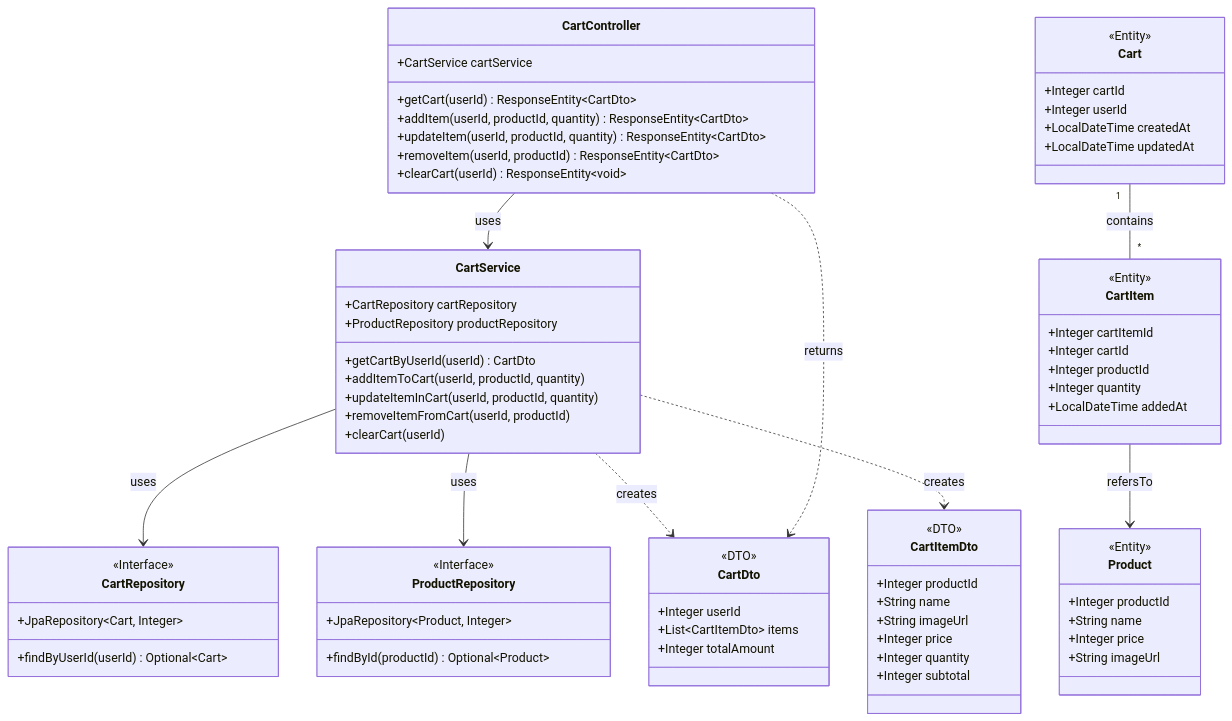
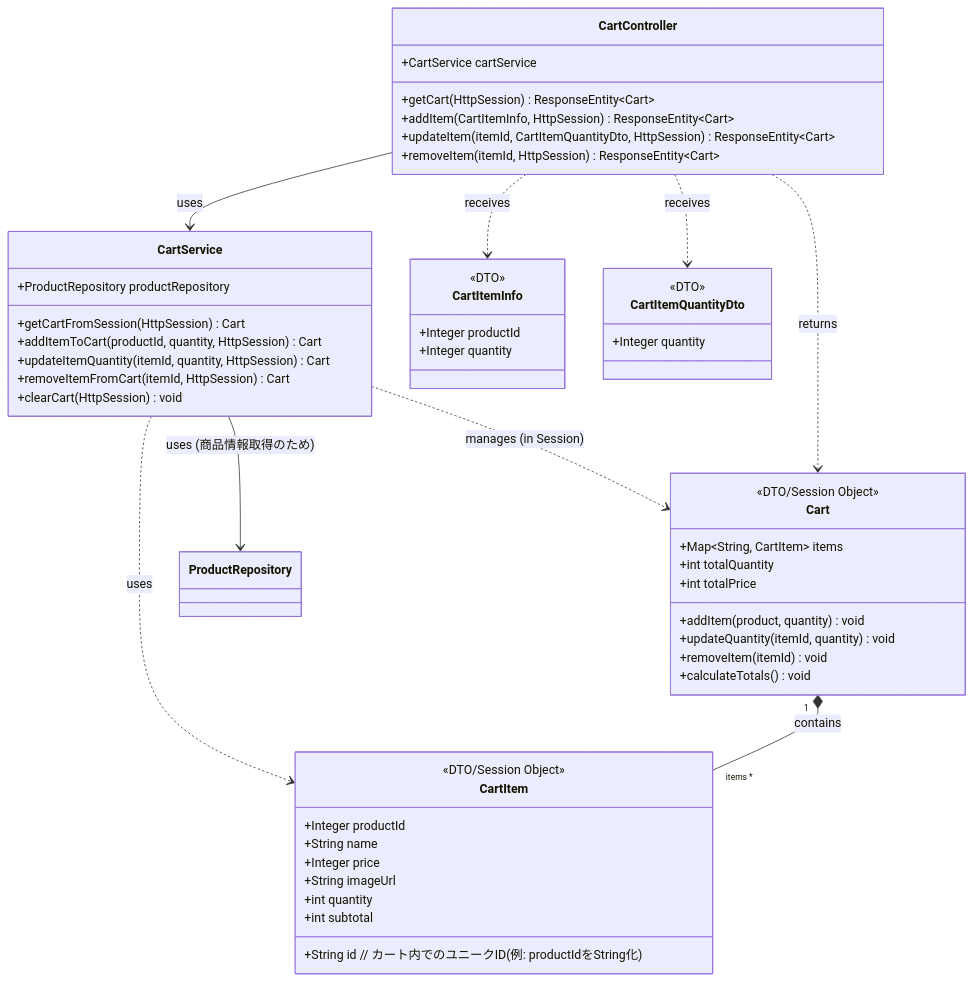
Diagram 15 of 18 in 詳細設計/詳細設計書の例（必須機能のみ）.md (natsumiumeda/Jobs), drawn with Mermaid before and after one commit. The commit also changed other lines of this file, not shown here.

```diff
--- a/詳細設計/詳細設計書の例（必須機能のみ）.md
+++ b/詳細設計/詳細設計書の例（必須機能のみ）.md
@@ -755,84 +688,56 @@
 classDiagram
     class CartController {
         +CartService cartService
-        +getCart(userId) ResponseEntity~CartDto~
-        +addItem(userId, productId, quantity) ResponseEntity~CartDto~
-        +updateItem(userId, productId, quantity) ResponseEntity~CartDto~
-        +removeItem(userId, productId) ResponseEntity~CartDto~
-        +clearCart(userId) ResponseEntity~void~
+        +getCart(HttpSession) ResponseEntity~Cart~
+        +addItem(CartItemInfo, HttpSession) ResponseEntity~Cart~
+        +updateItem(itemId, CartItemQuantityDto, HttpSession) ResponseEntity~Cart~
+        +removeItem(itemId, HttpSession) ResponseEntity~Cart~
     }
-
     class CartService {
-        +CartRepository cartRepository
         +ProductRepository productRepository
-        +getCartByUserId(userId) CartDto
-        +addItemToCart(userId, productId, quantity)
-        +updateItemInCart(userId, productId, quantity)
-        +removeItemFromCart(userId, productId)
-        +clearCart(userId)
+        +getCartFromSession(HttpSession) Cart
+        +addItemToCart(productId, quantity, HttpSession) Cart
+        +updateItemQuantity(itemId, quantity, HttpSession) Cart
+        +removeItemFromCart(itemId, HttpSession) Cart
+        +clearCart(HttpSession) void
     }
-
-    class CartRepository {
-        <<Interface>>
-        +JpaRepository~Cart, Integer~
-        +findByUserId(userId) Optional~Cart~
+    class Cart {
+        <<DTO/Session Object>>
+        +Map~String, CartItem~ items
+        +int totalQuantity
+        +int totalPrice
+        +addItem(product, quantity) void
+        +updateQuantity(itemId, quantity) void
+        +removeItem(itemId) void
+        +calculateTotals() void
     }
-
-    class ProductRepository {
-        <<Interface>>
-        +JpaRepository~Product, Integer~
-        +findById(productId) Optional~Product~
-    }
-
-    class Cart {
-        <<Entity>>
-        +Integer cartId
-        +Integer userId
-        +LocalDateTime createdAt
-        +LocalDateTime updatedAt
-    }
-
     class CartItem {
-        <<Entity>>
-        +Integer cartItemId
-        +Integer cartId
-        +Integer productId
-        +Integer quantity
-        +LocalDateTime addedAt
-    }
-
-    class Product {
-        <<Entity>>
+        <<DTO/Session Object>>
+        +String id  // カート内でのユニークID (例: productIdをString化)
         +Integer productId
         +String name
         +Integer price
         +String imageUrl
+        +int quantity
+        +int subtotal
+    }
+    class CartItemInfo{
+        <<DTO>>
+        +Integer productId
+        +Integer quantity
+    }
+     class CartItemQuantityDto{
+        <<DTO>>
+        +Integer quantity
     }
 
-    class CartDto {
-        <<DTO>>
-        +Integer userId
-        +List~CartItemDto~ items
-        +Integer totalAmount
-    }
 
-    class CartItemDto {
-        <<DTO>>
-        +Integer productId
-        +String name
-        +String imageUrl
-        +Integer price
-        +Integer quantity
-        +Integer subtotal
-    }
     CartController --> CartService : uses
-    CartService --> CartRepository : uses
-    CartService --> ProductRepository : uses
-
-    Cart "1" -- "*" CartItem : contains
-    CartItem --> Product : refersTo
-
-    CartService ..> CartDto : creates
-    CartService ..> CartItemDto : creates
-    CartController ..> CartDto : returns
+    CartService --> ProductRepository : uses (商品情報取得のため)
+    CartService ..> Cart : manages (in Session)
+    CartService ..> CartItem : uses
+    Cart "1" *-- "items *" CartItem : contains
+    CartController ..> Cart : returns
+    CartController ..> CartItemInfo : receives
+    CartController ..> CartItemQuantityDto : receives
 </div>
```
